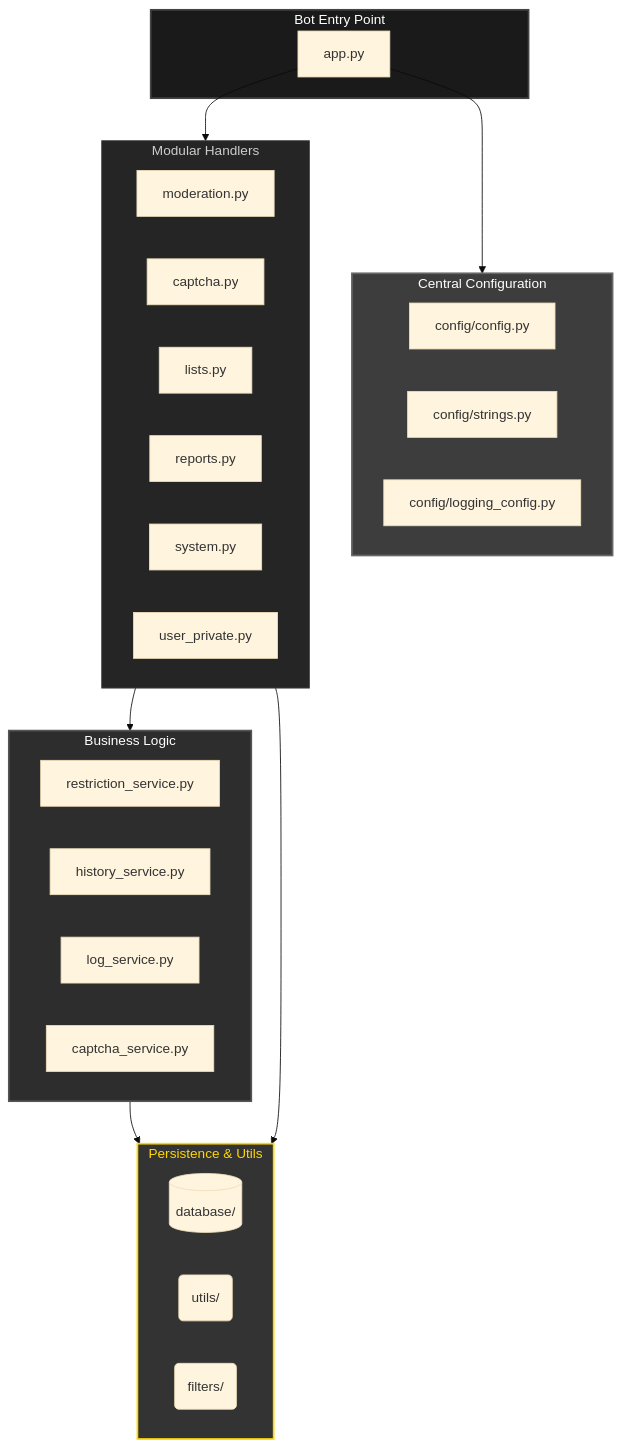
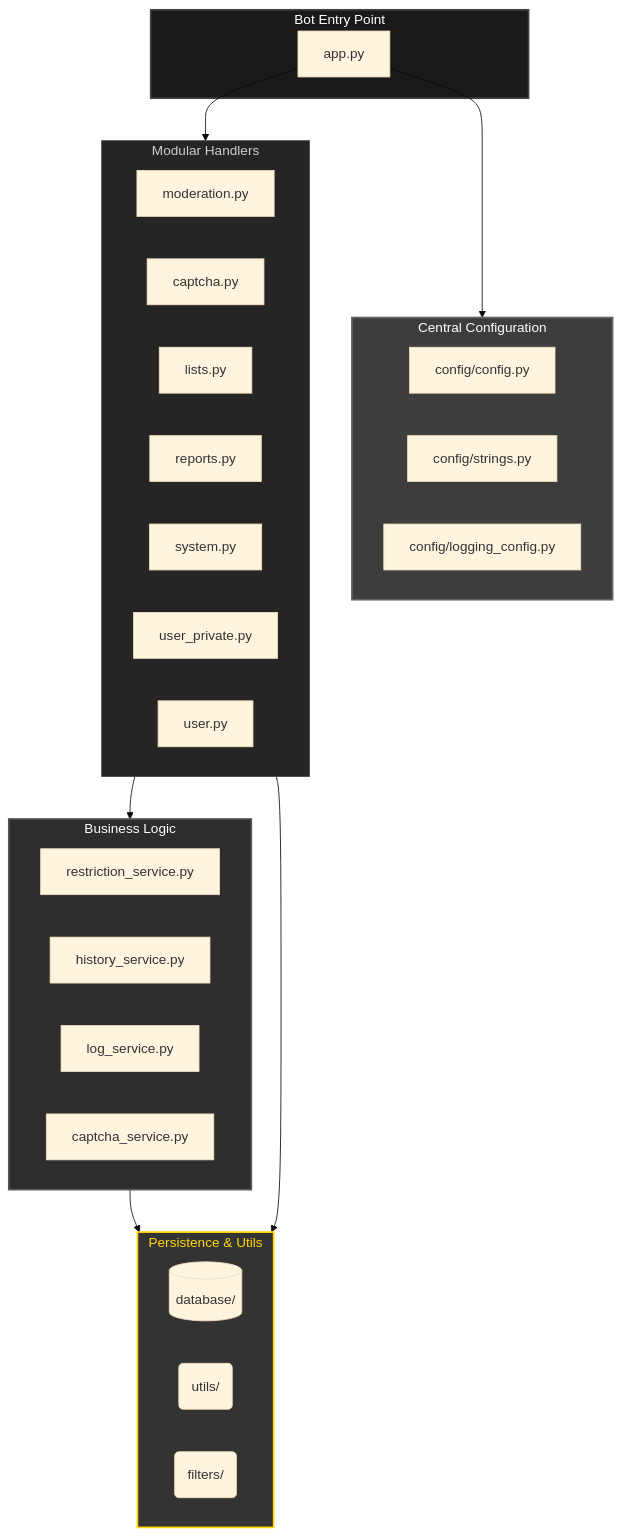
One commit to kapusta123b/Telegram-Moderation-Bot changed the diagram in README.md. Above: the diagram before and after it, drawn with Mermaid (base theme). The commit also changed other lines of this file and 8 other files, not shown here.

````diff
--- a/README.md
+++ b/README.md
@@ -82,47 +88,48 @@
 ```mermaid
 graph TD
     subgraph Core[Bot Entry Point]
         A[app.py]
     end
 
     subgraph Config[Central Configuration]
         CFG[config/config.py]
         STR[config/strings.py]
         LOG_CFG[config/logging_config.py]
     end
 
     subgraph Handlers[Modular Handlers]
         H_MOD[moderation.py]
         H_CAP[captcha.py]
         H_LST[lists.py]
         H_REP[reports.py]
         H_SYS[system.py]
         H_PRIV[user_private.py]
+        H_USR[user.py]
     end
 
     subgraph Services[Business Logic]
         S_REST[restriction_service.py]
         S_HIST[history_service.py]
         S_LOG[log_service.py]
         S_CAP[captcha_service.py]
     end
 
     subgraph Data[Persistence & Utils]
         DB[(database/)]
         UTL(utils/)
         FLT(filters/)
     end
 
     A --> Config
     A --> Handlers
     Handlers --> Services
     Services --> Data
     Handlers --> Data
     
     %% Styling
     style Core fill:#1a1a1a,stroke:#444,stroke-width:2px,color:#fff
     style Config fill:#3d3d3d,stroke:#666,stroke-width:2px,color:#fff
     style Handlers fill:#252525,stroke:#444,stroke-width:1px,color:#ccc
     style Services fill:#2d2d2d,stroke:#555,stroke-width:2px,color:#fff
     style Data fill:#333,stroke:#ffd700,stroke-width:2px,color:#ffd700
 ```
````
